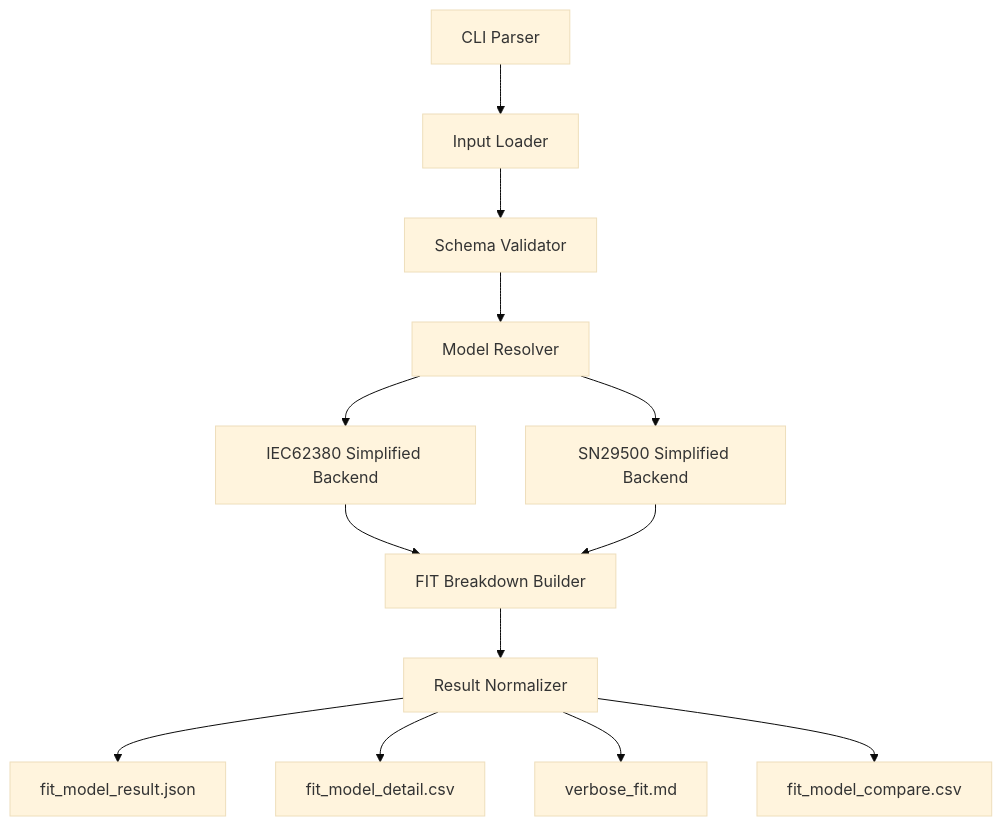
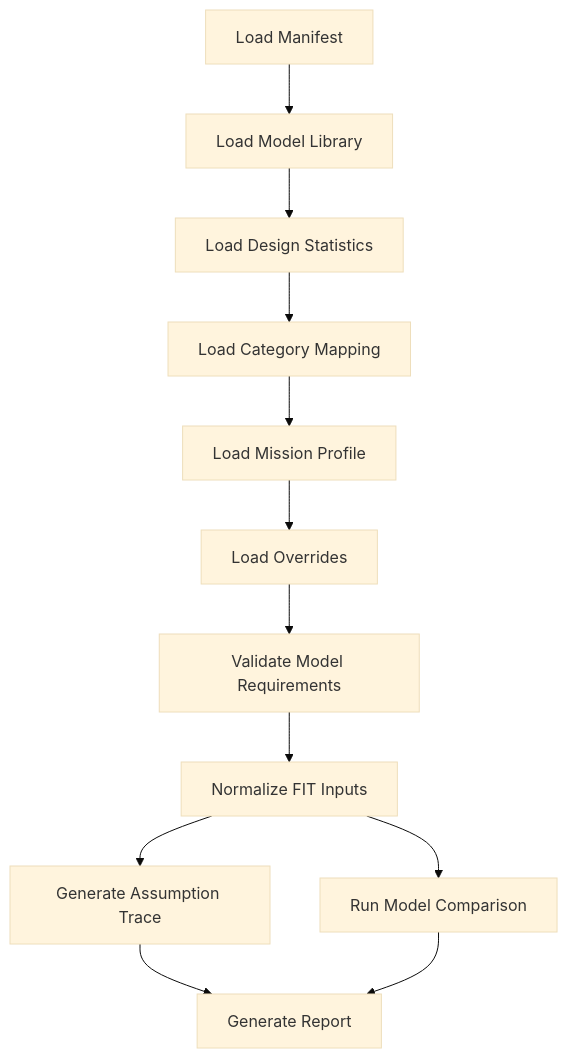
The eighth of 9 diagrams in articles/04_automotive_safeic_practice_d04_github_en_generic.md (qiqixixi1001/automotive-safeic-practice), drawn with Mermaid (base theme) before and after one commit. The commit also changed other lines of this file, not shown here.

````diff
--- a/articles/04_automotive_safeic_practice_d04_github_en_generic.md
+++ b/articles/04_automotive_safeic_practice_d04_github_en_generic.md
@@ -541,15 +911,14 @@
 ```mermaid
 flowchart TD
-    A[CLI Parser] --> B[Input Loader]
-    B --> C[Schema Validator]
-    C --> D[Model Resolver]
-    D --> E1[IEC62380 Simplified Backend]
-    D --> E2[SN29500 Simplified Backend]
-    E1 --> F[FIT Breakdown Builder]
-    E2 --> F
-    F --> G[Result Normalizer]
-    G --> H1[fit_model_result.json]
-    G --> H2[fit_model_detail.csv]
-    G --> H3[verbose_fit.md]
-    G --> H4[fit_model_compare.csv]
+    A[Load Manifest] --> B[Load Model Library]
+    B --> C[Load Design Statistics]
+    C --> D[Load Category Mapping]
+    D --> E[Load Mission Profile]
+    E --> F[Load Overrides]
+    F --> G[Validate Model Requirements]
+    G --> H[Normalize FIT Inputs]
+    H --> I[Generate Assumption Trace]
+    H --> J[Run Model Comparison]
+    I --> K[Generate Report]
+    J --> K
 ```
````
